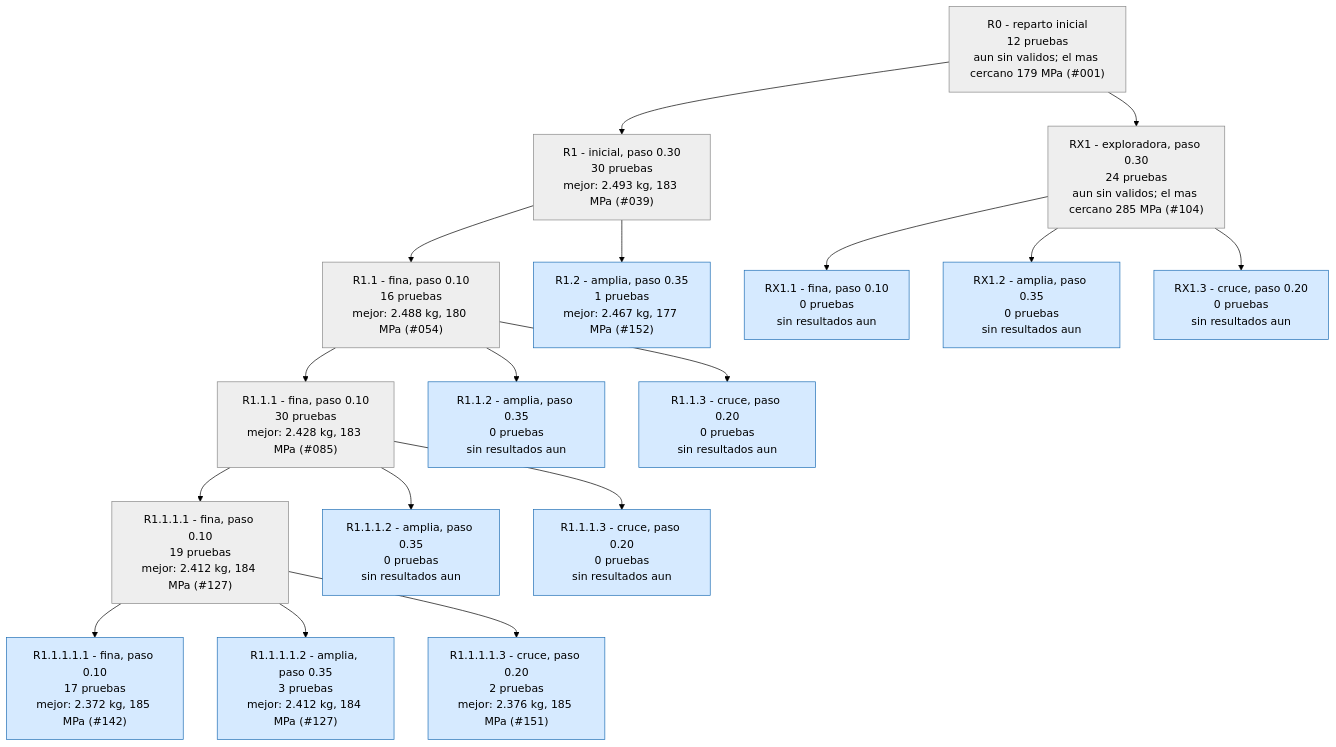
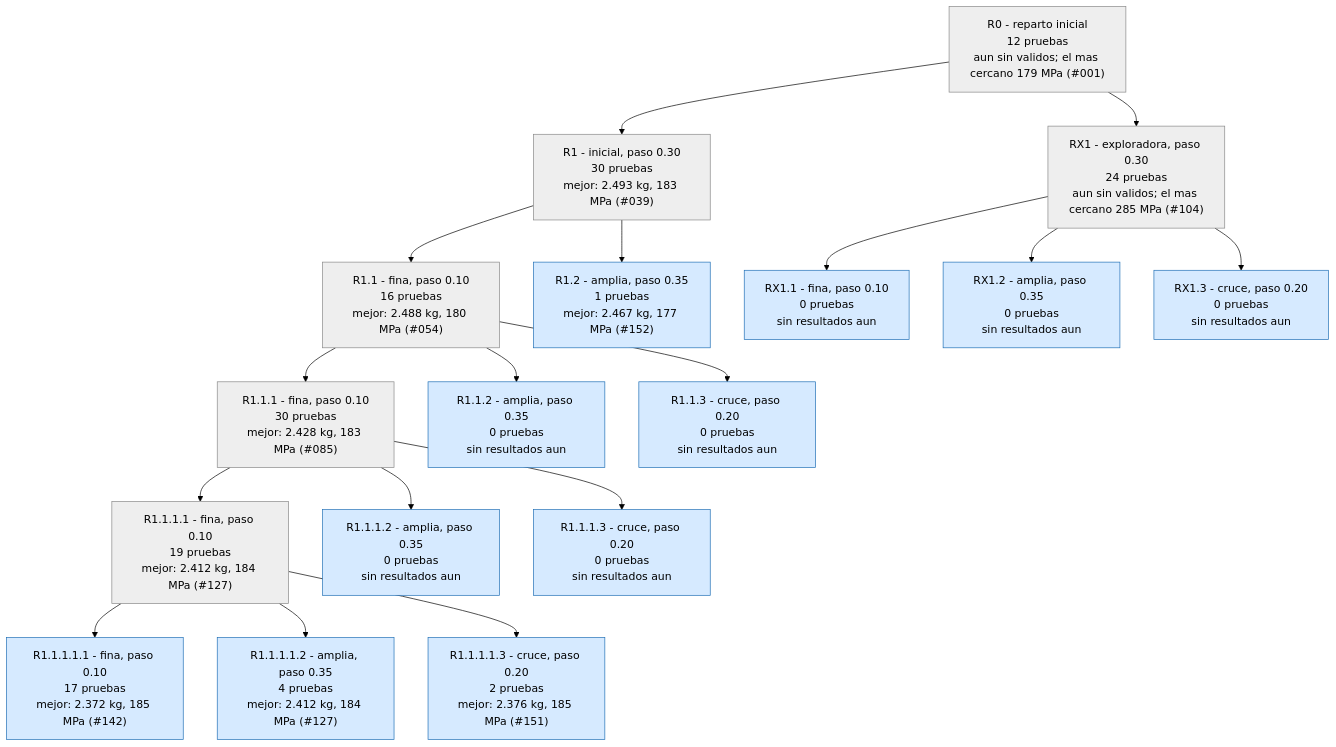
The first of 3 diagrams in runs/opt_37800N/ARBOL.md (Hugiko/msd-soporte-optimizacion), drawn with Mermaid (forest theme) before and after one commit. The commit also changed 19 other files, not shown here.

````diff
--- a/runs/opt_37800N/ARBOL.md
+++ b/runs/opt_37800N/ARBOL.md
@@ -9,39 +9,39 @@
 ```mermaid
 graph TD
 classDef activa fill:#d6eaff,stroke:#1f6fb5,color:#000
 classDef fin fill:#eeeeee,stroke:#888,color:#000
 classDef mejor fill:#c8f0c0,stroke:#1a9850,stroke-width:4px,color:#000
 R0["R0 - reparto inicial<br/>12 pruebas<br/>aun sin validos; el mas cercano 179 MPa (#001)"]:::fin
 R1["R1 - inicial, paso 0.30<br/>30 pruebas<br/>mejor: 2.493 kg, 183 MPa (#039)"]:::fin
 R0 --> R1
 R1_1["R1.1 - fina, paso 0.10<br/>16 pruebas<br/>mejor: 2.488 kg, 180 MPa (#054)"]:::fin
 R1 --> R1_1
 R1_2["R1.2 - amplia, paso 0.35<br/>1 pruebas<br/>mejor: 2.467 kg, 177 MPa (#152)"]:::activa
 R1 --> R1_2
 R1_1_1["R1.1.1 - fina, paso 0.10<br/>30 pruebas<br/>mejor: 2.428 kg, 183 MPa (#085)"]:::fin
 R1_1 --> R1_1_1
 R1_1_2["R1.1.2 - amplia, paso 0.35<br/>0 pruebas<br/>sin resultados aun"]:::activa
 R1_1 --> R1_1_2
 R1_1_3["R1.1.3 - cruce, paso 0.20<br/>0 pruebas<br/>sin resultados aun"]:::activa
 R1_1 --> R1_1_3
 R1_1_1_1["R1.1.1.1 - fina, paso 0.10<br/>19 pruebas<br/>mejor: 2.412 kg, 184 MPa (#127)"]:::fin
 R1_1_1 --> R1_1_1_1
 R1_1_1_2["R1.1.1.2 - amplia, paso 0.35<br/>0 pruebas<br/>sin resultados aun"]:::activa
 R1_1_1 --> R1_1_1_2
 R1_1_1_3["R1.1.1.3 - cruce, paso 0.20<br/>0 pruebas<br/>sin resultados aun"]:::activa
 R1_1_1 --> R1_1_1_3
 RX1["RX1 - exploradora, paso 0.30<br/>24 pruebas<br/>aun sin validos; el mas cercano 285 MPa (#104)"]:::fin
 R0 --> RX1
 RX1_1["RX1.1 - fina, paso 0.10<br/>0 pruebas<br/>sin resultados aun"]:::activa
 RX1 --> RX1_1
 RX1_2["RX1.2 - amplia, paso 0.35<br/>0 pruebas<br/>sin resultados aun"]:::activa
 RX1 --> RX1_2
 RX1_3["RX1.3 - cruce, paso 0.20<br/>0 pruebas<br/>sin resultados aun"]:::activa
 RX1 --> RX1_3
 R1_1_1_1_1["R1.1.1.1.1 - fina, paso 0.10<br/>17 pruebas<br/>mejor: 2.372 kg, 185 MPa (#142)"]:::activa
 R1_1_1_1 --> R1_1_1_1_1
-R1_1_1_1_2["R1.1.1.1.2 - amplia, paso 0.35<br/>3 pruebas<br/>mejor: 2.412 kg, 184 MPa (#127)"]:::activa
+R1_1_1_1_2["R1.1.1.1.2 - amplia, paso 0.35<br/>4 pruebas<br/>mejor: 2.412 kg, 184 MPa (#127)"]:::activa
 R1_1_1_1 --> R1_1_1_1_2
 R1_1_1_1_3["R1.1.1.1.3 - cruce, paso 0.20<br/>2 pruebas<br/>mejor: 2.376 kg, 185 MPa (#151)"]:::activa
 R1_1_1_1 --> R1_1_1_1_3
 ```
````
